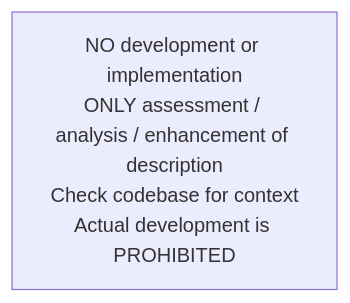
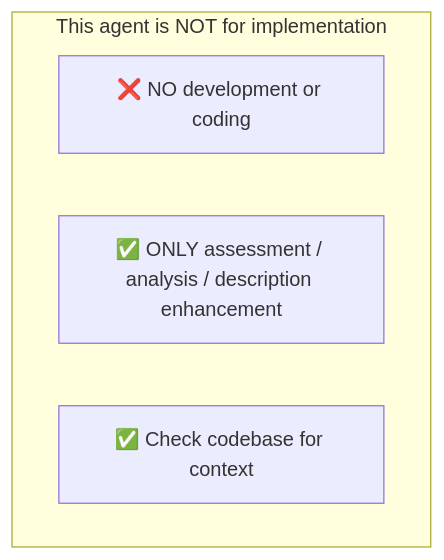
One commit to uladzimir-klyshevich-epam/dmtools-agents changed the diagram in instructions/common/no_development.md. Above: the diagram before and after it, drawn with Mermaid. The commit also changed 10 other files, not shown here.

````diff
--- a/instructions/common/no_development.md
+++ b/instructions/common/no_development.md
@@ -1,4 +1,8 @@
 ```mermaid
-flowchart LR
-    RULE["NO development or implementation<br/>ONLY assessment / analysis / enhancement of description<br/>Check codebase for context<br/>Actual development is PROHIBITED"]
+flowchart TD
+    subgraph RULE["This agent is NOT for implementation"]
+        R1["❌ NO development or coding"]
+        R2["✅ ONLY assessment / analysis / description enhancement"]
+        R3["✅ Check codebase for context"]
+    end
 ```
````
